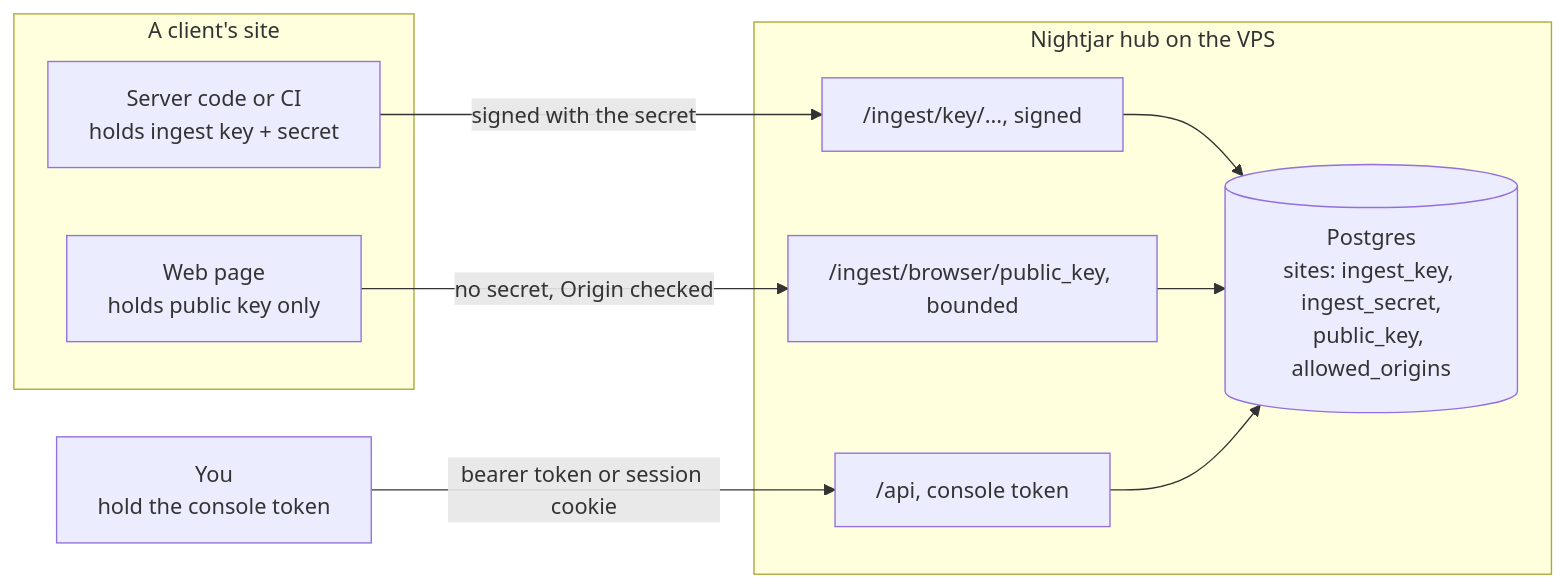
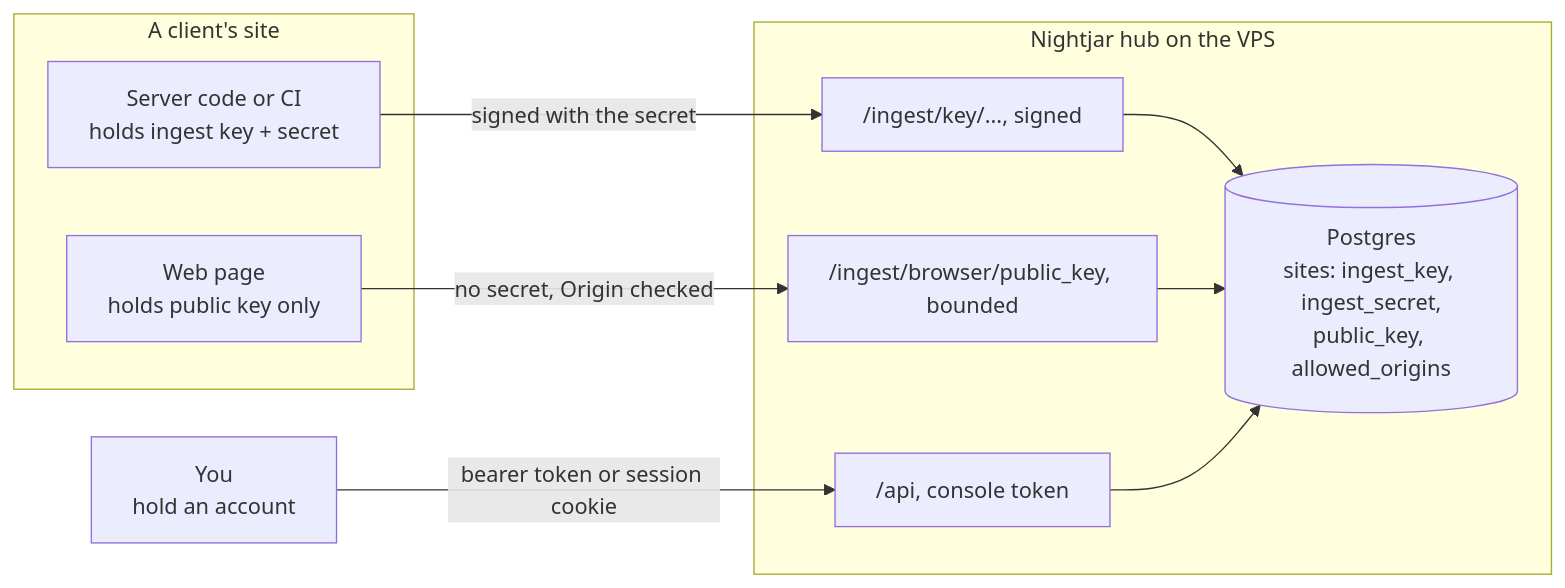
One commit to em-brandon/Nightjar changed the first of 6 diagrams in docs/KEYS.md. Above: the diagram before and after it, drawn with Mermaid. The commit also changed other lines of this file and 3 other files, not shown here.

````diff
--- a/docs/KEYS.md
+++ b/docs/KEYS.md
@@ -30,23 +32,23 @@
 ```mermaid
 flowchart LR
     subgraph hub["Nightjar hub on the VPS"]
         DB[("Postgres<br/>sites: ingest_key, ingest_secret,<br/>public_key, allowed_origins")]
         API["/api, console token"]
         ING["/ingest/key/..., signed"]
         BRW["/ingest/browser/public_key, bounded"]
     end
 
     subgraph client["A client's site"]
         SRV["Server code or CI<br/>holds ingest key + secret"]
         PAGE["Web page<br/>holds public key only"]
     end
 
-    ME["You<br/>hold the console token"]
+    ME["You<br/>hold an account"]
 
     SRV -- "signed with the secret" --> ING
     PAGE -- "no secret, Origin checked" --> BRW
     ME -- "bearer token or session cookie" --> API
     ING --> DB
     BRW --> DB
     API --> DB
 ```
````
